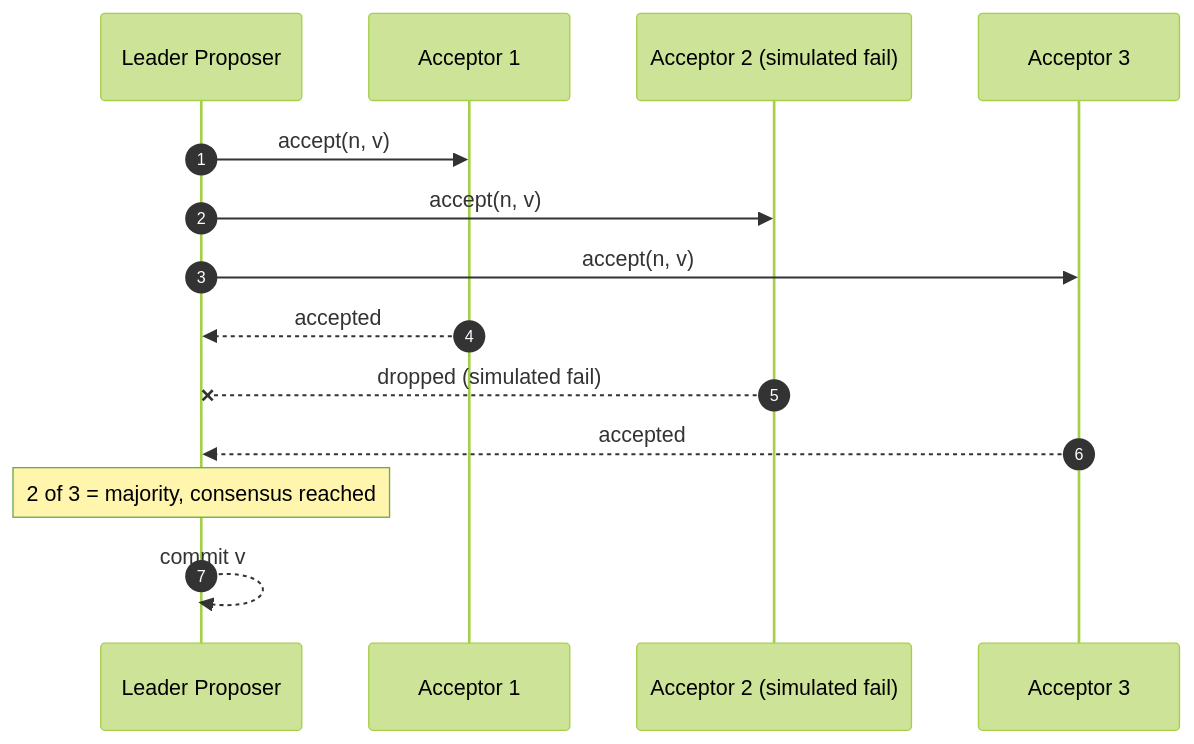
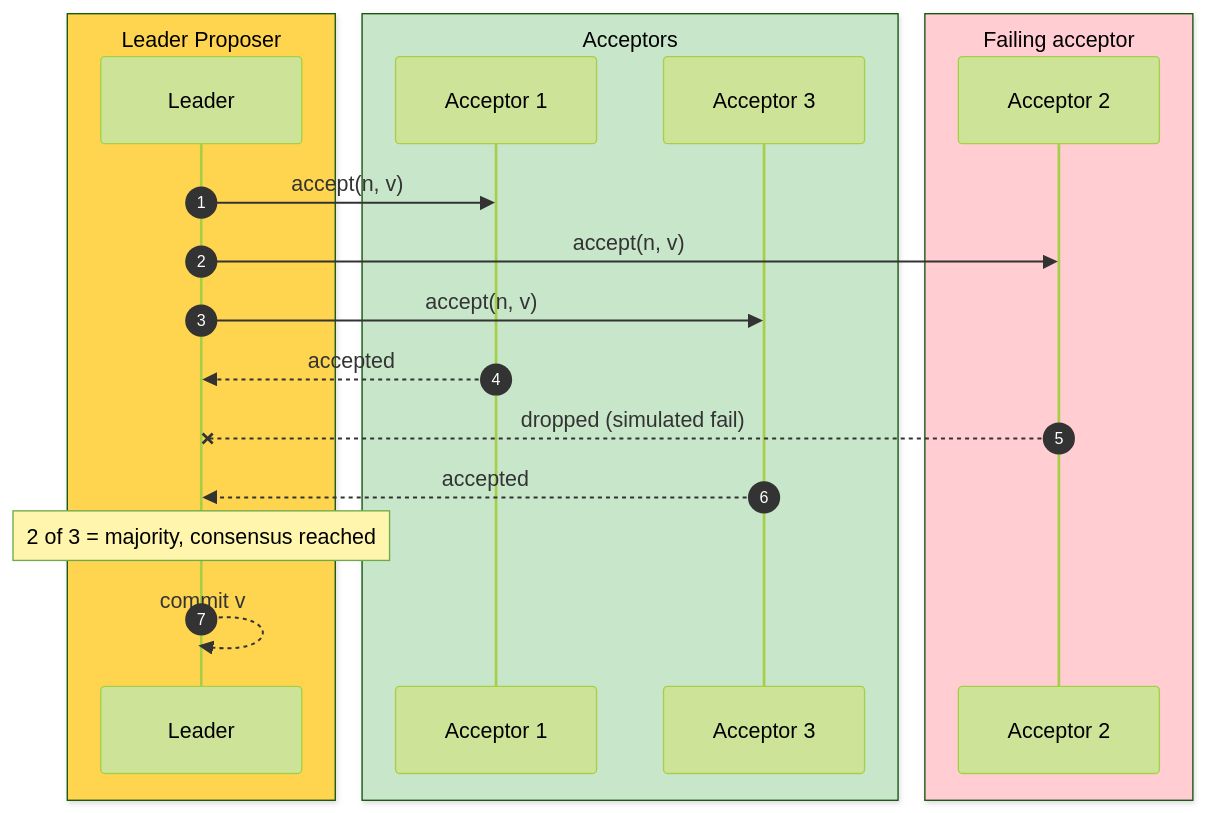
One commit to magana272/PAXOS-Key-Value-Store changed the third of 5 diagrams in README.md. Above: the diagram before and after it, drawn with Mermaid (forest theme). The commit also changed other lines of this file, not shown here.

First line of the commit message:
docs(readme): add Leader Election section and color the diagrams

````diff
--- a/README.md
+++ b/README.md
@@ -97,17 +107,23 @@
 ```mermaid
 sequenceDiagram
     autonumber
-    participant L as Leader Proposer
-    participant A1 as Acceptor 1
-    participant A2 as Acceptor 2 (simulated fail)
-    participant A3 as Acceptor 3
+    box rgb(255,213,79) Leader Proposer
+        participant L as Leader
+    end
+    box rgb(200,230,201) Acceptors
+        participant A1 as Acceptor 1
+        participant A3 as Acceptor 3
+    end
+    box rgb(255,205,210) Failing acceptor
+        participant A2 as Acceptor 2
+    end
 
     L->>A1: accept(n, v)
     L->>A2: accept(n, v)
     L->>A3: accept(n, v)
     A1-->>L: accepted
     A2--xL: dropped (simulated fail)
     A3-->>L: accepted
     Note over L: 2 of 3 = majority, consensus reached
     L-->>L: commit v
 ```
````
